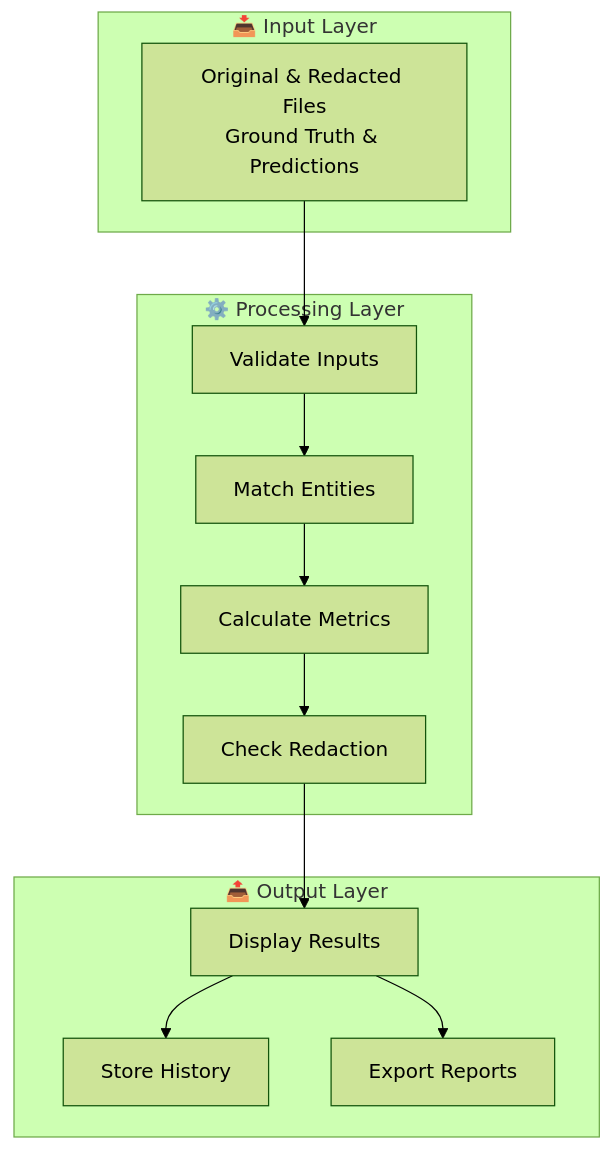
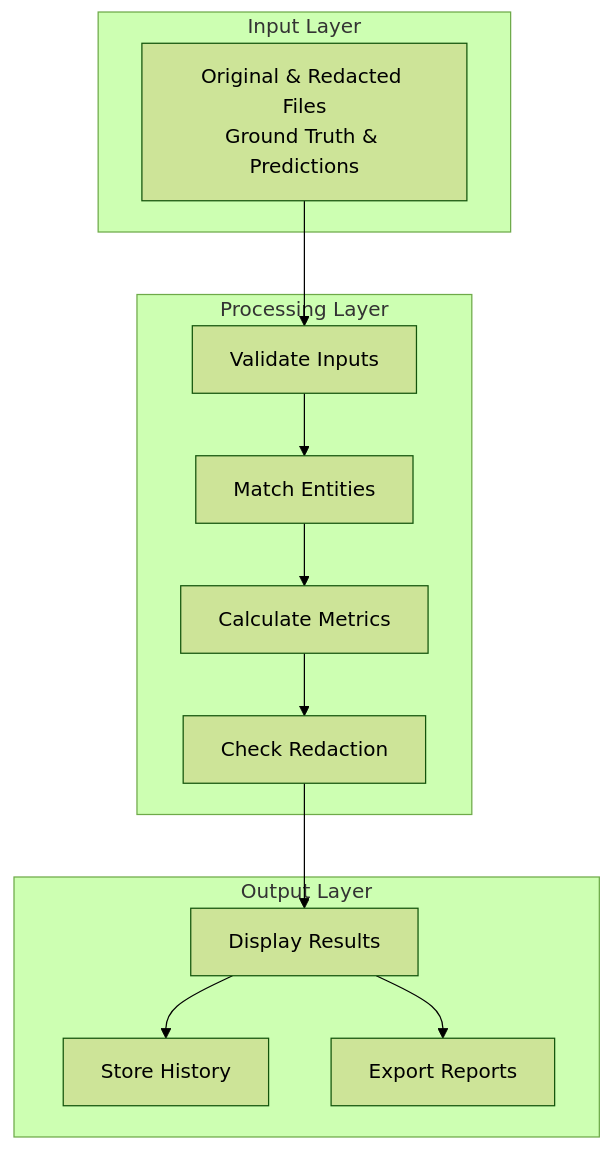
One commit to anudra/pii-benchmark-framework changed the third of 7 diagrams in architecture.md. Above: the diagram before and after it, drawn with Mermaid (forest theme). The commit also changed other lines of this file and 20 other files, not shown here.

````diff
--- a/architecture.md
+++ b/architecture.md
@@ -47,27 +47,27 @@
 ```mermaid
 graph TB
-    subgraph Input["📥 Input Layer"]
+    subgraph Input["Input Layer"]
         Files[Original & Redacted Files<br/>Ground Truth & Predictions]
     end
     
-    subgraph Processing["⚙️ Processing Layer"]
+    subgraph Processing["Processing Layer"]
         Validate[Validate Inputs]
         Match[Match Entities]
         Calculate[Calculate Metrics]
         Check[Check Redaction]
     end
     
-    subgraph Output["📤 Output Layer"]
+    subgraph Output["Output Layer"]
         Display[Display Results]
         Store[Store History]
         Export[Export Reports]
     end
     
     Files --> Validate
     Validate --> Match
     Match --> Calculate
     Calculate --> Check
     Check --> Display
     Display --> Store
     Display --> Export
 ```
````
